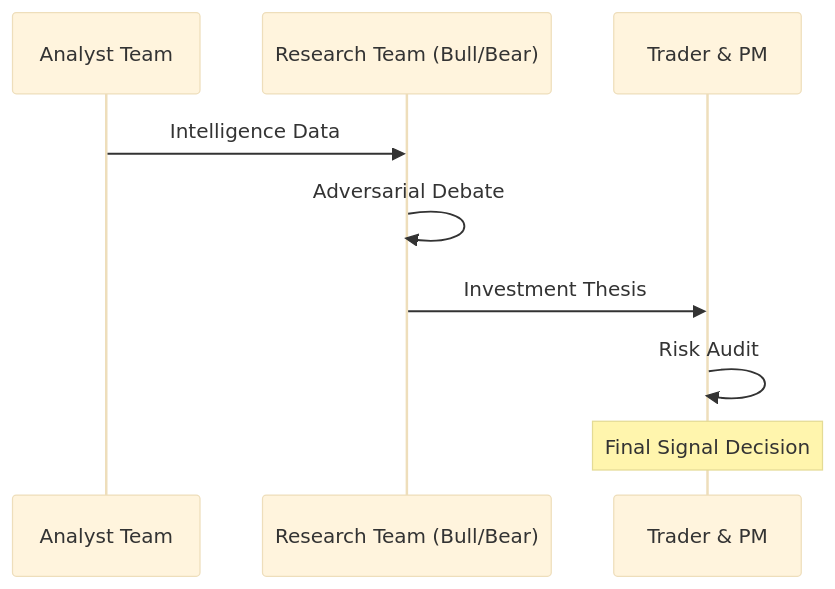
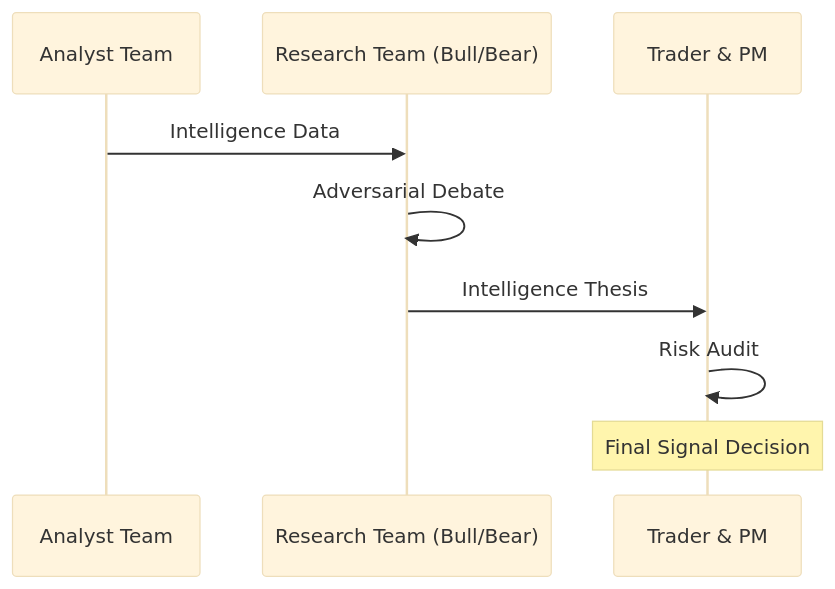
One commit to AnupamaJain/orbis-quant-agents changed the third of 4 diagrams in README.md. Above: the diagram before and after it, drawn with Mermaid (base theme). The commit also changed other lines of this file and 1 other file, not shown here.

Commit message:
docs: embed premium schema image and add technical state diagrams

````diff
--- a/README.md
+++ b/README.md
@@ -74,12 +76,12 @@
 ```mermaid
 sequenceDiagram
     participant A as Analyst Team
     participant R as Research Team (Bull/Bear)
     participant T as Trader & PM
 
     A->>R: Intelligence Data
     R->>R: Adversarial Debate
-    R->>T: Investment Thesis
+    R->>T: Intelligence Thesis
     T->>T: Risk Audit
     Note over T: Final Signal Decision
 ```
````
